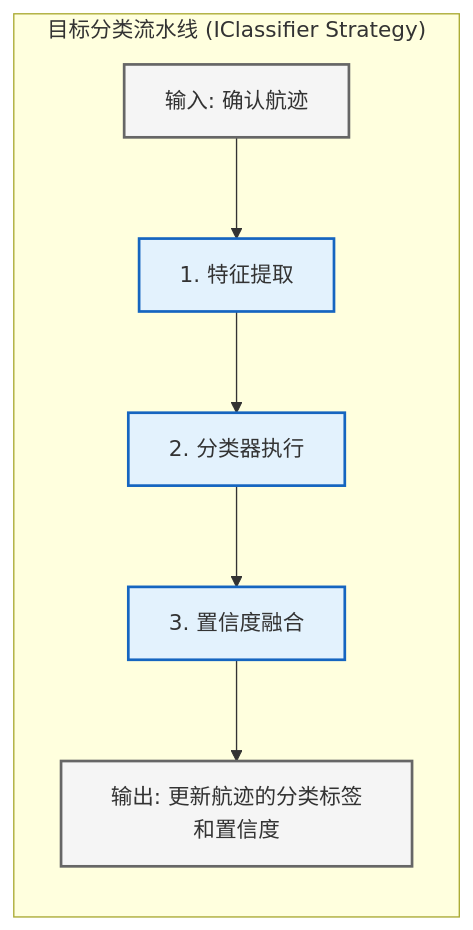
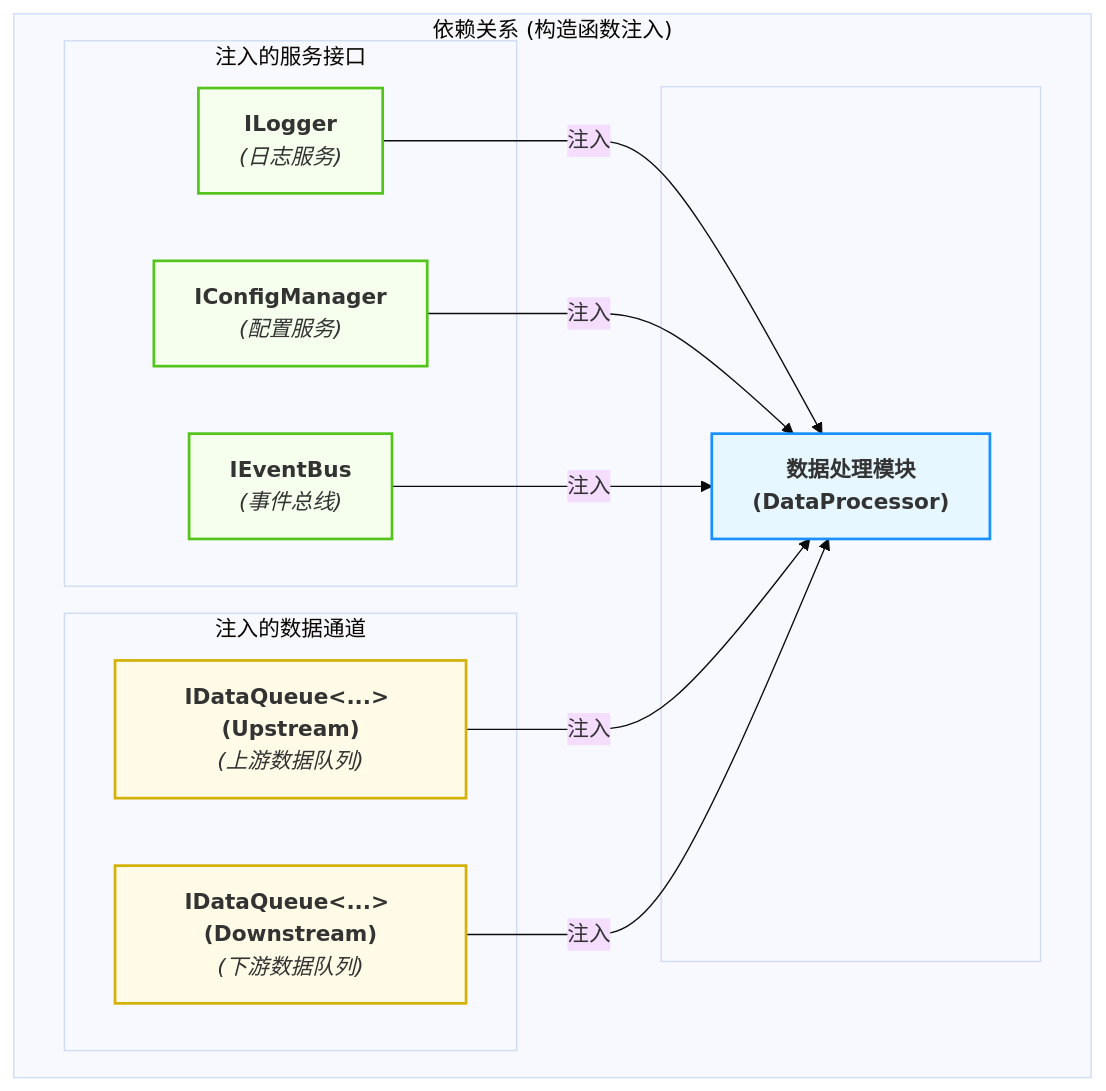
Before and after one commit to wendizhou99-cell/Radar: diagram 11 of 11 in docs/01_项目设计/02_模块设计/03_数据处理模块设计.md, drawn with Mermaid. The commit also changed other lines of this file and 26 other files, not shown here.

First line of the commit message:
docs: 完成数据架构文档系列重构和Mermaid可视化指南增强

````diff
--- a/docs/01_项目设计/02_模块设计/03_数据处理模块设计.md
+++ b/docs/01_项目设计/02_模块设计/03_数据处理模块设计.md
@@ -507,16 +822,48 @@
 ```mermaid
-flowchart TB
-    subgraph "目标分类流水线 (IClassifier Strategy)"
-        direction TB
+---
+  config:
+    theme: base
+    flowchart:
+      curve: basis
+---
+graph TD
+    %% --- 图例 (上下文颜色语义) ---
+    %% 基础服务 (浅绿)
+    %% 数据通道 (浅黄)
+    %% 本模块 (浅蓝)
 
-        A[输入: 确认航迹] --> B[1. 特征提取];
-        B --> C[2. 分类器执行];
-        C --> D[3. 置信度融合];
-        D --> E[输出: 更新航迹的分类标签和置信度];
+    subgraph "依赖关系 (构造函数注入)"
+        direction LR
+
+        subgraph "注入的服务接口"
+            A["<b>ILogger</b><br/><i>(日志服务)</i>"]
+            B["<b>IConfigManager</b><br/><i>(配置服务)</i>"]
+            C["<b>IEventBus</b><br/><i>(事件总线)</i>"]
+        end
+
+        subgraph "注入的数据通道"
+            D["<b>IDataQueue&lt;...&gt; (Upstream)</b><br/><i>(上游数据队列)</i>"]
+            E["<b>IDataQueue&lt;...&gt; (Downstream)</b><br/><i>(下游数据队列)</i>"]
+        end
+
+        subgraph " "
+            M["<b>数据处理模块<br/>(DataProcessor)</b>"]
+        end
     end
 
-    classDef step fill:#e3f2fd,stroke:#1565c0,stroke-width:2px;
-    classDef out fill:#f5f5f5,stroke:#666,stroke-width:2px;
-    class B,C,D step;
-    class A,E out;
+    A -- "注入" --> M
+    B -- "注入" --> M
+    C -- "注入" --> M
+    D -- "注入" --> M
+    E -- "注入" --> M
+
+    %% --- 标准 classDef 模板 ---
+    classDef role_A fill:#e6f7ff,stroke:#1890ff,stroke-width:2px
+    classDef role_B fill:#f6ffed,stroke:#52c41a,stroke-width:2px
+    classDef role_C fill:#fffbe6,stroke:#d4b106,stroke-width:2px
+
+    %% --- 样式应用 ---
+    class A,B,C role_B
+    class D,E role_C
+    class M role_A
 ```
````
